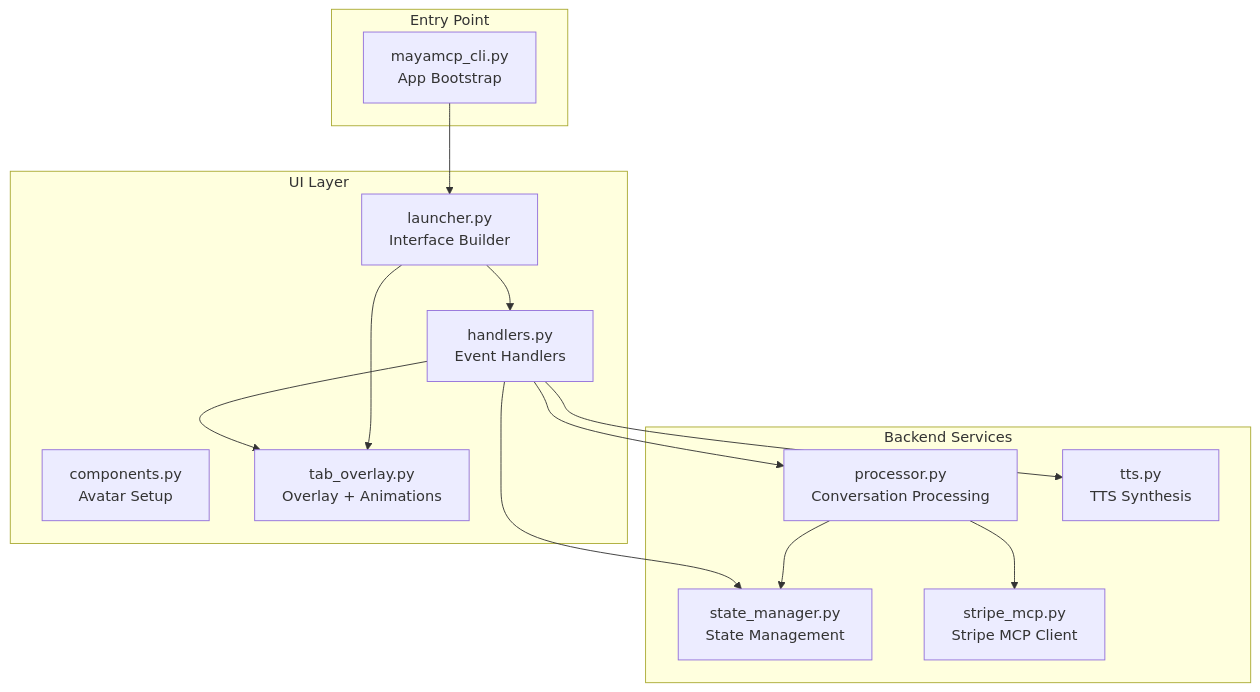
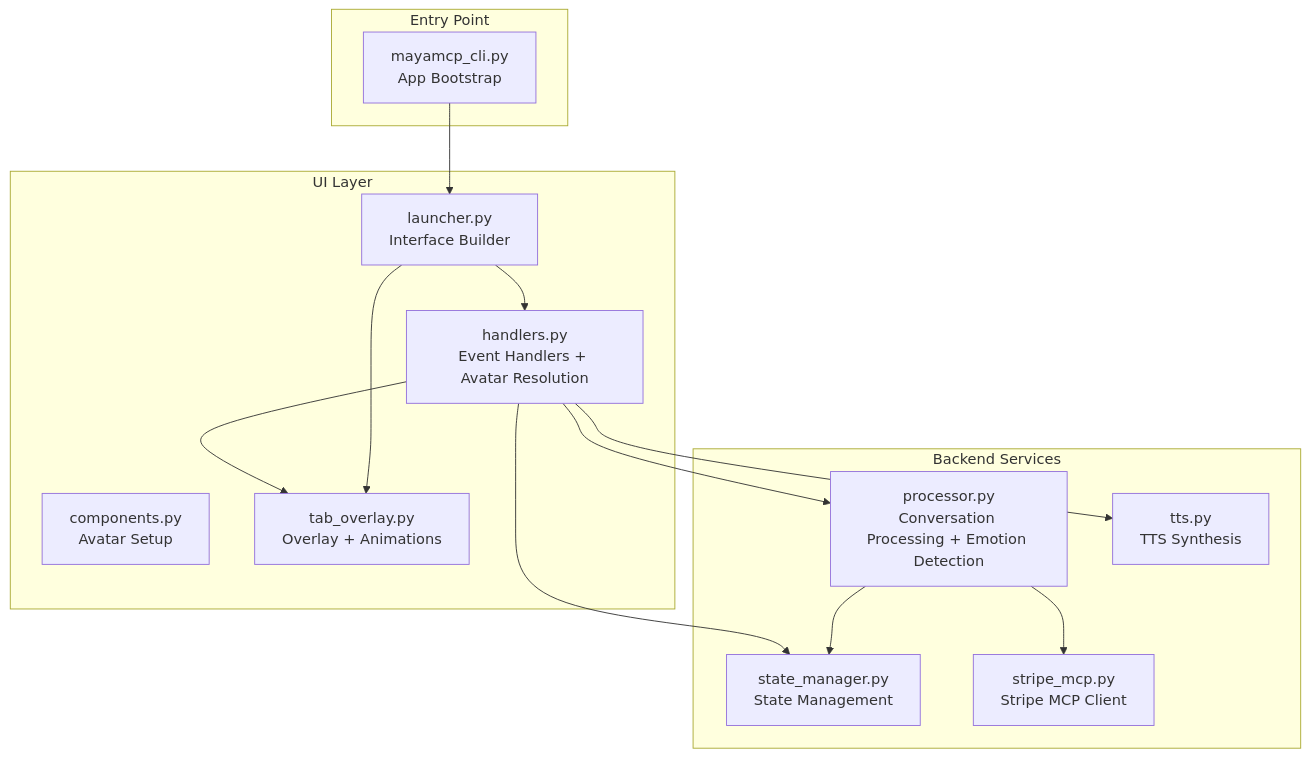
The first of 8 diagrams in .qoder/repowiki/en/content/API Reference/UI Handler API.md (MOK-5-ha/MayaMCP), drawn with Mermaid before and after one commit. The commit also changed other lines of this file and 27 other files, not shown here.

````diff
--- a/.qoder/repowiki/en/content/API Reference/UI Handler API.md
+++ b/.qoder/repowiki/en/content/API Reference/UI Handler API.md
@@ -50,27 +60,27 @@
 ```mermaid
 graph TB
 subgraph "UI Layer"
-H["handlers.py<br/>Event Handlers"]
+H["handlers.py<br/>Event Handlers + Avatar Resolution"]
 L["launcher.py<br/>Interface Builder"]
 C["components.py<br/>Avatar Setup"]
 O["tab_overlay.py<br/>Overlay + Animations"]
 end
 subgraph "Backend Services"
-P["processor.py<br/>Conversation Processing"]
+P["processor.py<br/>Conversation Processing + Emotion Detection"]
 S["state_manager.py<br/>State Management"]
 T["tts.py<br/>TTS Synthesis"]
 PM["stripe_mcp.py<br/>Stripe MCP Client"]
 end
 subgraph "Entry Point"
 CLI["mayamcp_cli.py<br/>App Bootstrap"]
 end
 CLI --> L
 L --> H
 H --> P
 H --> T
 H --> S
 H --> O
 L --> O
 P --> S
 P --> PM
 ```
````
